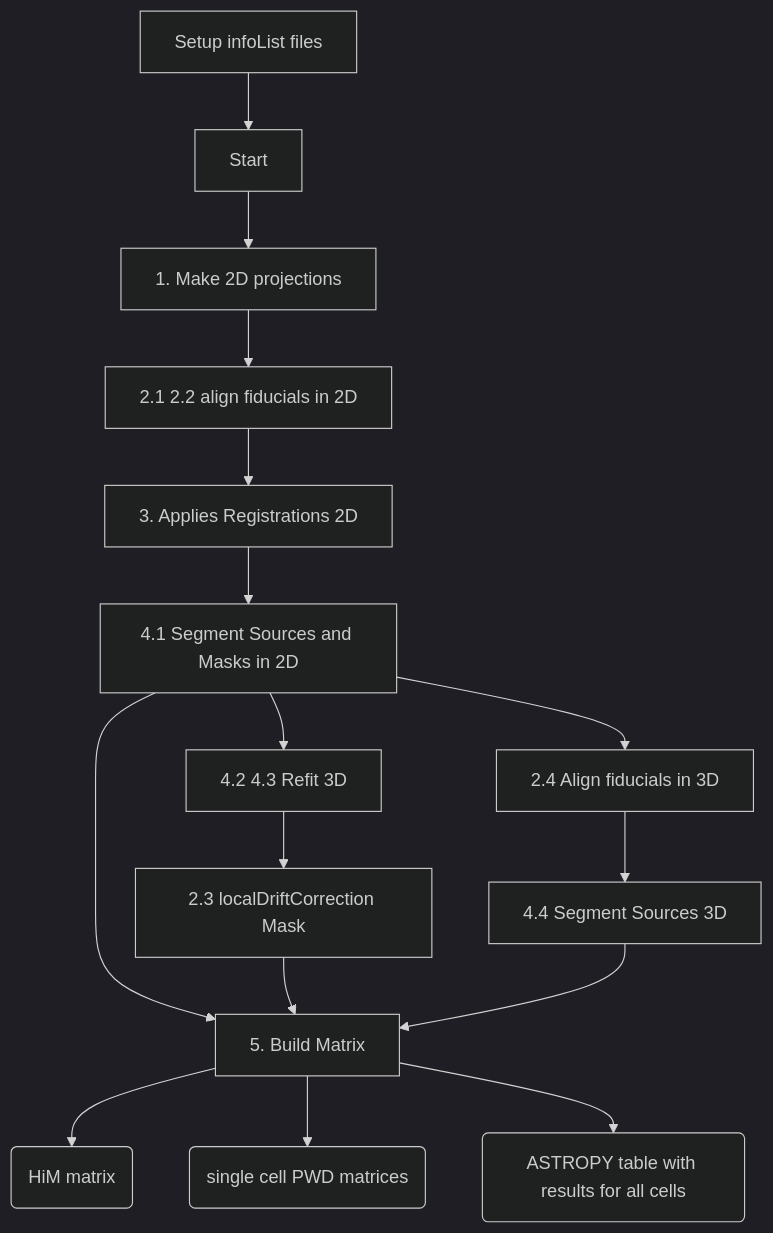
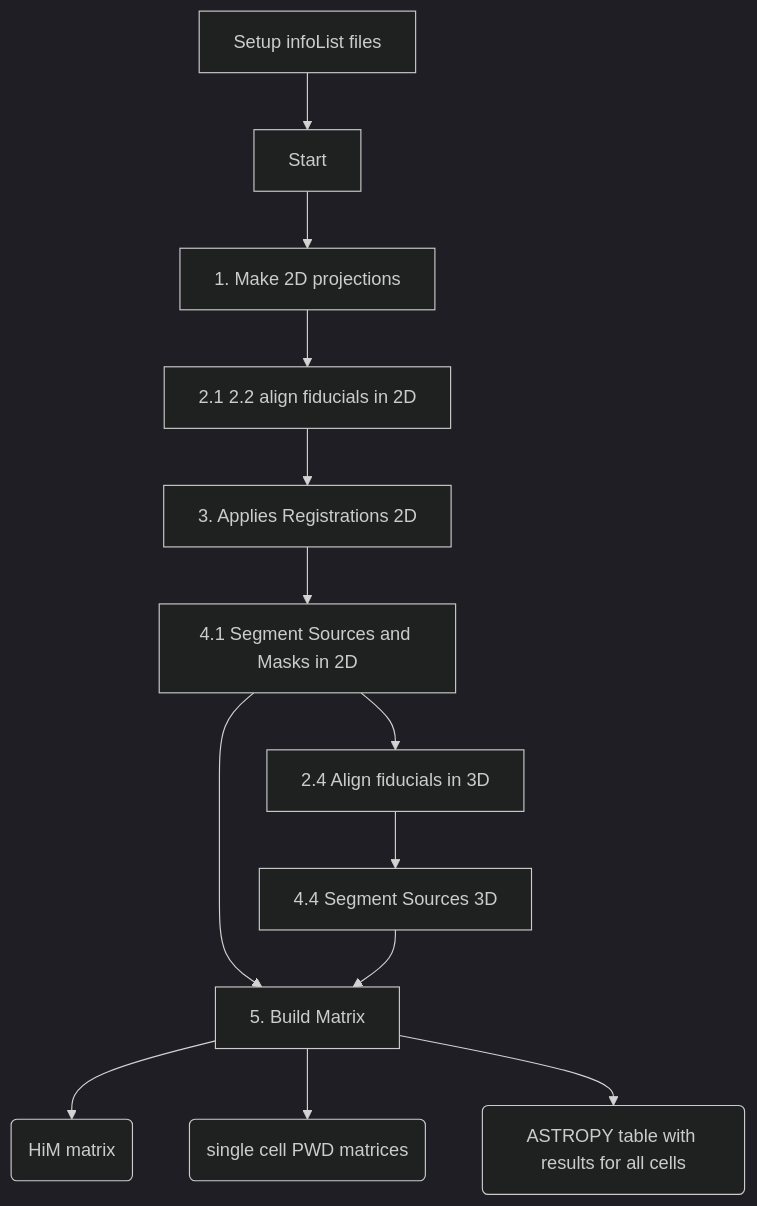
The first of 2 diagrams in docs/Running_pyHiM.md (marcnol/pyHiM), drawn with Mermaid (dark theme) before and after one commit. The commit also changed other lines of this file and 15 other files, not shown here.

Commit message:
refactor(localDriftCorrection) - Remove all refs

````diff
--- a/docs/Running_pyHiM.md
+++ b/docs/Running_pyHiM.md
@@ -59,15 +59,12 @@
 ```mermaid
 graph TD
 	Z[Setup infoList files] -->A[Start]
 	A[Start] --> B[1. Make 2D projections]
 	B --> C1[2.1 2.2 align fiducials in 2D] --> D1[3. Applies Registrations 2D]
 	D1 --> E1[4.1 Segment Sources and Masks in 2D] --> F[5. Build Matrix]
-	
-	E1 --> G1[4.2 4.3 Refit 3D] --> H1[2.3 localDriftCorrection Mask] --> F
-        
 	E1 --> D2[2.4 Align fiducials in 3D]
 	D2 --> E[4.4 Segment Sources 3D] --> F
 	F --> G(HiM matrix) 
 	F --> G2(single cell PWD matrices) 
 	F --> G3(ASTROPY table with results for all cells)
 ```
````
